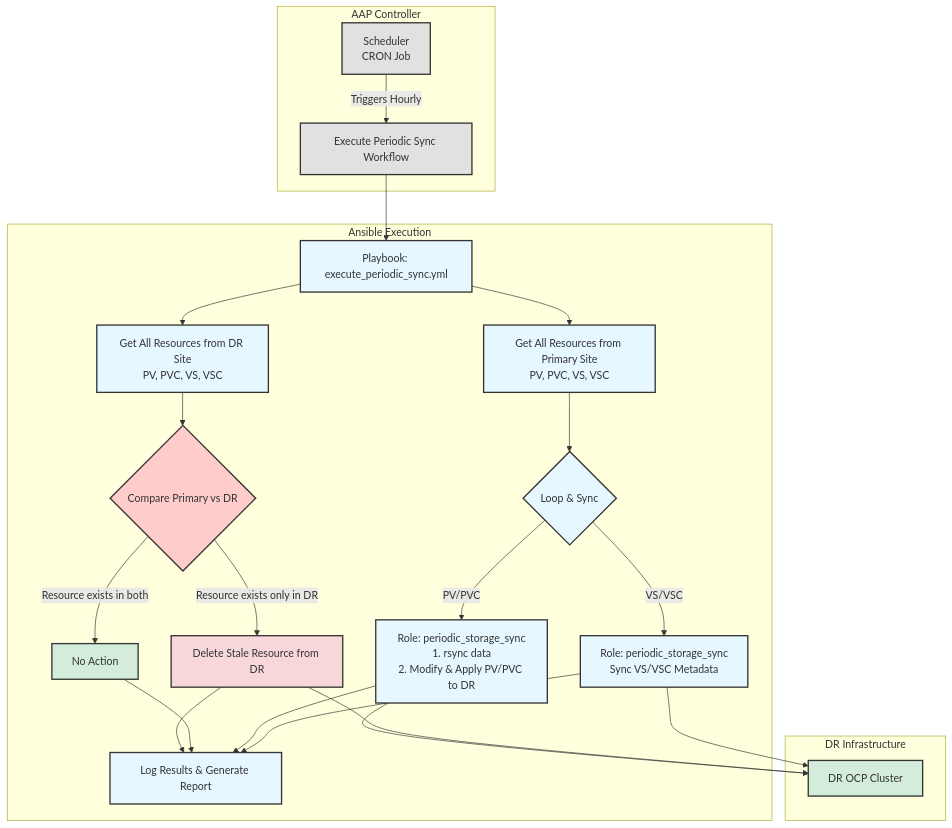
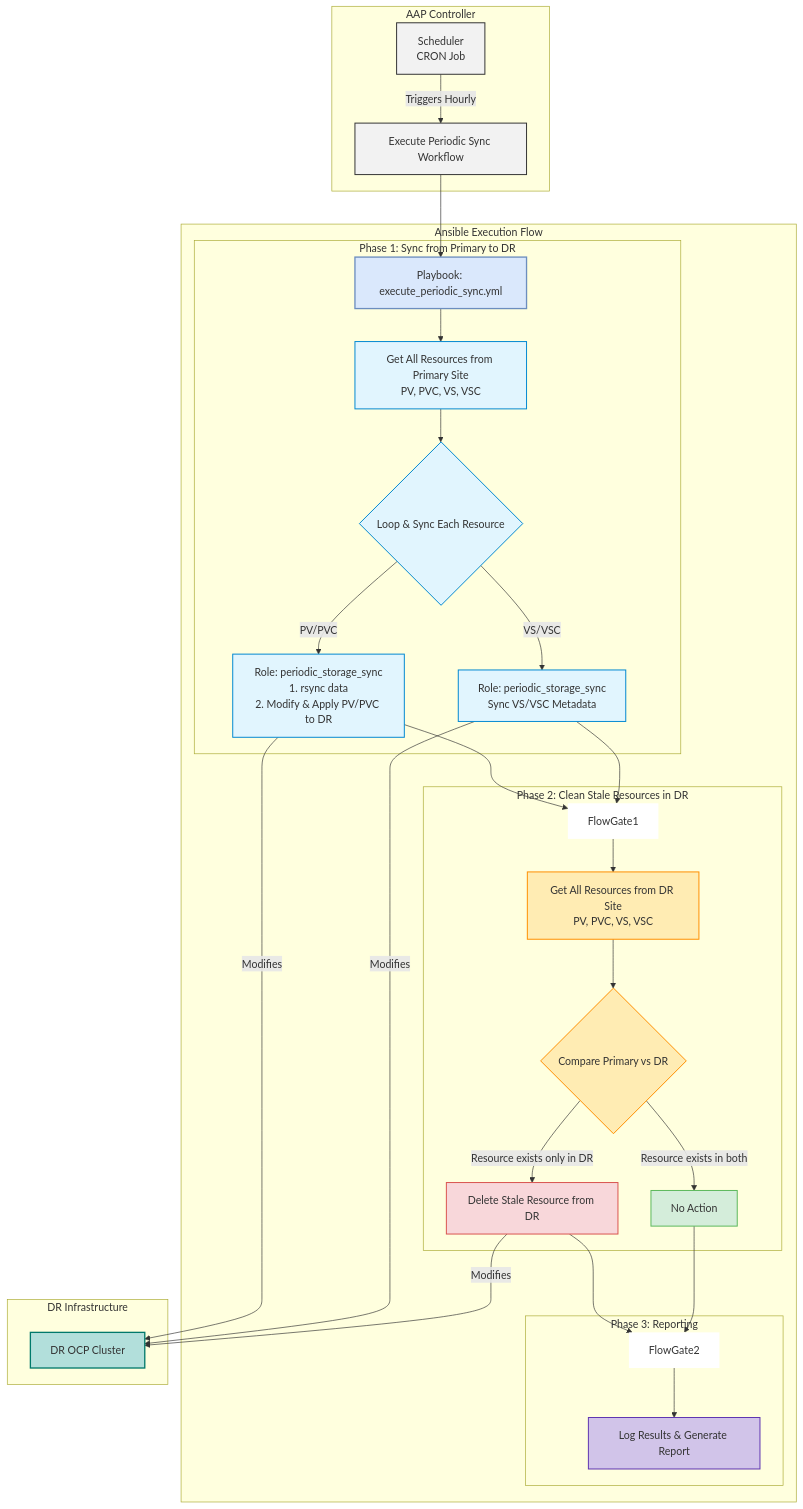
Before and after one commit to wangzheng422/ansible-dr-demo: the second of 3 diagrams in planning/ansible-dr-design.md, drawn with Mermaid.

Commit message:
planning

````diff
--- a/planning/ansible-dr-design.md
+++ b/planning/ansible-dr-design.md
@@ -53,44 +53,71 @@
 ```mermaid
 graph TD
-    subgraph AAP Controller
+    subgraph "AAP Controller"
         A[Scheduler<br>CRON Job] -- Triggers Hourly --> B[Execute Periodic Sync Workflow];
     end
 
-    subgraph Ansible Execution
+    subgraph "Ansible Execution Flow"
         B --> C[Playbook: execute_periodic_sync.yml];
-        C --> D[Get All Resources from Primary Site<br>PV, PVC, VS, VSC];
-        D --> E{Loop & Sync};
-        E -- PV/PVC --> F[Role: periodic_storage_sync<br>1. rsync data<br>2. Modify & Apply PV/PVC to DR];
-        E -- VS/VSC --> G[Role: periodic_storage_sync<br>Sync VS/VSC Metadata];
         
-        C --> H[Get All Resources from DR Site<br>PV, PVC, VS, VSC];
-        H --> I{Compare Primary vs DR};
-        I -- Resource exists only in DR --> J[Delete Stale Resource from DR];
-        I -- Resource exists in both --> K[No Action];
+        subgraph "Phase 1: Sync from Primary to DR"
+            C --> D[Get All Resources from Primary Site<br>PV, PVC, VS, VSC];
+            D --> E{Loop & Sync Each Resource};
+            E -- PV/PVC --> F[Role: periodic_storage_sync<br>1. rsync data<br>2. Modify & Apply PV/PVC to DR];
+            E -- VS/VSC --> G[Role: periodic_storage_sync<br>Sync VS/VSC Metadata];
+        end
         
-        J --> L[Log Results & Generate Report];
-        K --> L;
-        F --> L;
-        G --> L;
+        %% Invisible node to manage flow
+        F --> FlowGate1;
+        G --> FlowGate1;
+        style FlowGate1 fill:#fff,stroke:#fff,stroke-width:0px
+
+        subgraph "Phase 2: Clean Stale Resources in DR"
+            FlowGate1 --> H[Get All Resources from DR Site<br>PV, PVC, VS, VSC];
+            H --> I{Compare Primary vs DR};
+            I -- Resource exists only in DR --> J[Delete Stale Resource from DR];
+            I -- Resource exists in both --> K[No Action];
+        end
+
+        %% Invisible node to manage flow
+        J --> FlowGate2;
+        K --> FlowGate2;
+        style FlowGate2 fill:#fff,stroke:#fff,stroke-width:0px
+
+        subgraph "Phase 3: Reporting"
+            FlowGate2 --> L[Log Results & Generate Report];
+        end
     end
 
     subgraph "DR Infrastructure"
-        F --> M[DR OCP Cluster];
-        J --> M;
-        G --> M;
+        M[DR OCP Cluster];
     end
 
-    style A fill:#e1e1e1,stroke:#333,stroke-width:2px
-    style B fill:#e1e1e1,stroke:#333,stroke-width:2px
-    style C fill:#e6f7ff,stroke:#333,stroke-width:2px
-    style D fill:#e6f7ff,stroke:#333,stroke-width:2px
-    style E fill:#e6f7ff,stroke:#333,stroke-width:2px
-    style F fill:#e6f7ff,stroke:#333,stroke-width:2px
-    style G fill:#e6f7ff,stroke:#333,stroke-width:2px
-    style H fill:#e6f7ff,stroke:#333,stroke-width:2px
-    style I fill:#ffcccc,stroke:#333,stroke-width:2px
-    style J fill:#f8d7da,stroke:#333,stroke-width:2px
-    style K fill:#d4edda,stroke:#333,stroke-width:2px
-    style L fill:#e6f7ff,stroke:#333,stroke-width:2px
-    style M fill:#d4edda,stroke:#333,stroke-width:2px
+    %% Connections to external systems
+    F -- Modifies --> M;
+    G -- Modifies --> M;
+    J -- Modifies --> M;
+
+    %% Styling
+    style A fill:#f2f2f2,stroke:#333,stroke-width:1.5px
+    style B fill:#f2f2f2,stroke:#333,stroke-width:1.5px
+    
+    style C fill:#dae8fc,stroke:#6c8ebf,stroke-width:2px
+    
+    %% Phase 1 styles
+    style D fill:#e1f5fe,stroke:#0288d1,stroke-width:1.5px
+    style E fill:#e1f5fe,stroke:#0288d1,stroke-width:1.5px
+    style F fill:#e1f5fe,stroke:#0288d1,stroke-width:1.5px
+    style G fill:#e1f5fe,stroke:#0288d1,stroke-width:1.5px
+
+    %% Phase 2 styles
+    style H fill:#ffecb3,stroke:#ff8f00,stroke-width:1.5px
+    style I fill:#ffecb3,stroke:#ff8f00,stroke-width:1.5px
+    style J fill:#f8d7da,stroke:#d9534f,stroke-width:1.5px
+    style K fill:#d4edda,stroke:#5cb85c,stroke-width:1.5px
+
+    %% Phase 3 styles
+    style L fill:#d1c4e9,stroke:#5e35b1,stroke-width:1.5px
+    
+    %% External system styles
+    style M fill:#b2dfdb,stroke:#00796b,stroke-width:2px
 ```
````
